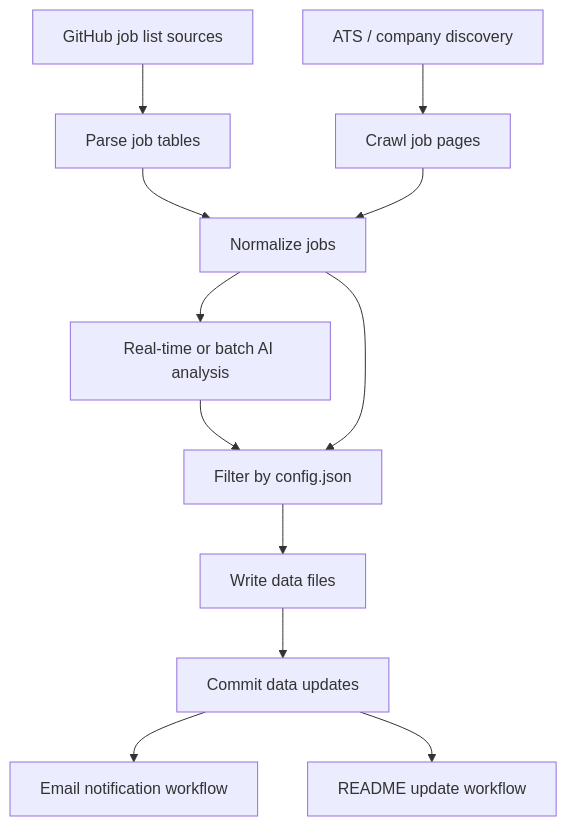
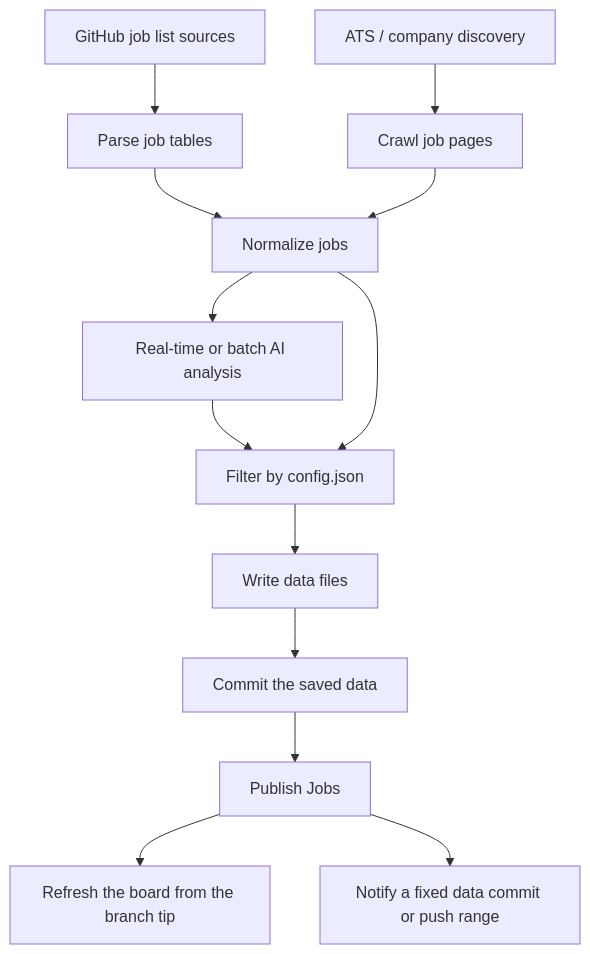
The diagram in installation.md (Donkey0322/JobRadar-AI), drawn with Mermaid before and after one commit. The commit also changed other lines of this file and 21 other files, not shown here.

````diff
--- a/installation.md
+++ b/installation.md
@@ -13,14 +13,15 @@
 ```mermaid
 flowchart TD
   A[GitHub job list sources] --> B[Parse job tables]
   C[ATS / company discovery] --> D[Crawl job pages]
   B --> E[Normalize jobs]
   D --> E
   E --> F[Real-time or batch AI analysis]
   F --> G[Filter by config.json]
   E --> G
   G --> H[Write data files]
-  H --> I[Commit data updates]
-  I --> J[Email notification workflow]
-  I --> K[README update workflow]
+  H --> I[Commit the saved data]
+  I --> J[Publish Jobs]
+  J --> K[Refresh the board from the branch tip]
+  J --> L[Notify a fixed data commit or push range]
 ```
````
